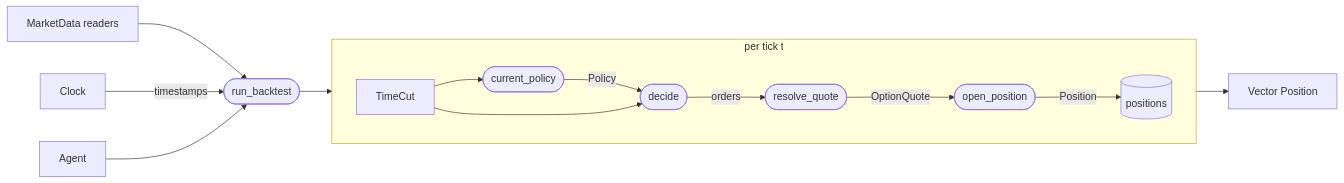
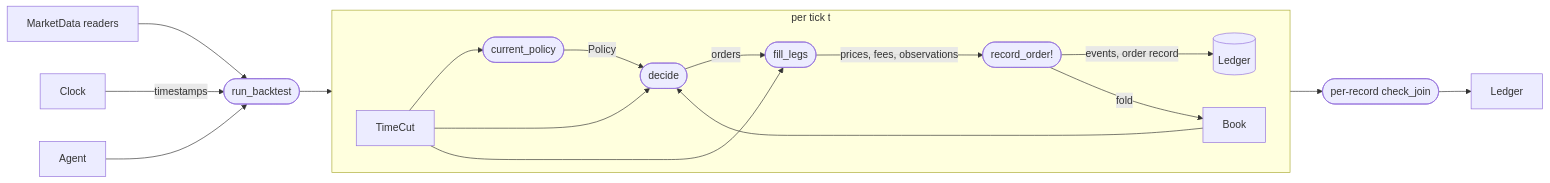
Before and after one commit to aleCombi/VolSurfaceAnalysis.jl: the diagram in docs/modules/backtest.md, drawn with Mermaid. The commit also changed other lines of this file and 41 other files, not shown here.

First line of the commit message:
backtest: the engine switches to orders and the book; positions retired

````diff
--- a/docs/modules/backtest.md
+++ b/docs/modules/backtest.md
@@ -18,28 +16,31 @@
 ```mermaid
 flowchart LR
     Data[MarketData readers]
     Clock[Clock]
     Agent[Agent]
     Engine([run_backtest])
     Data --> Engine
     Clock -->|timestamps| Engine
     Agent --> Engine
 
     subgraph Loop["per tick t"]
         direction LR
         Cut[TimeCut]
         CP([current_policy])
         D([decide])
-        RQ([resolve_quote])
-        OP([open_position])
+        FL([fill_legs])
+        RO([record_order!])
         Cut --> CP
         CP -->|Policy| D
         Cut --> D
-        D -->|orders| RQ
-        RQ -->|OptionQuote| OP
-        OP -->|Position| Ledger[(positions)]
+        Book[Book] --> D
+        D -->|orders| FL
+        Cut --> FL
+        FL -->|prices, fees, observations| RO
+        RO -->|events, order record| Ledger[(Ledger)]
+        RO -->|fold| Book
     end
 
     Engine --> Loop
-    Ledger --> Out[Vector Position]
+    RO --> CJ([per-record check_join]) --> Out[Ledger]
 ```
````
